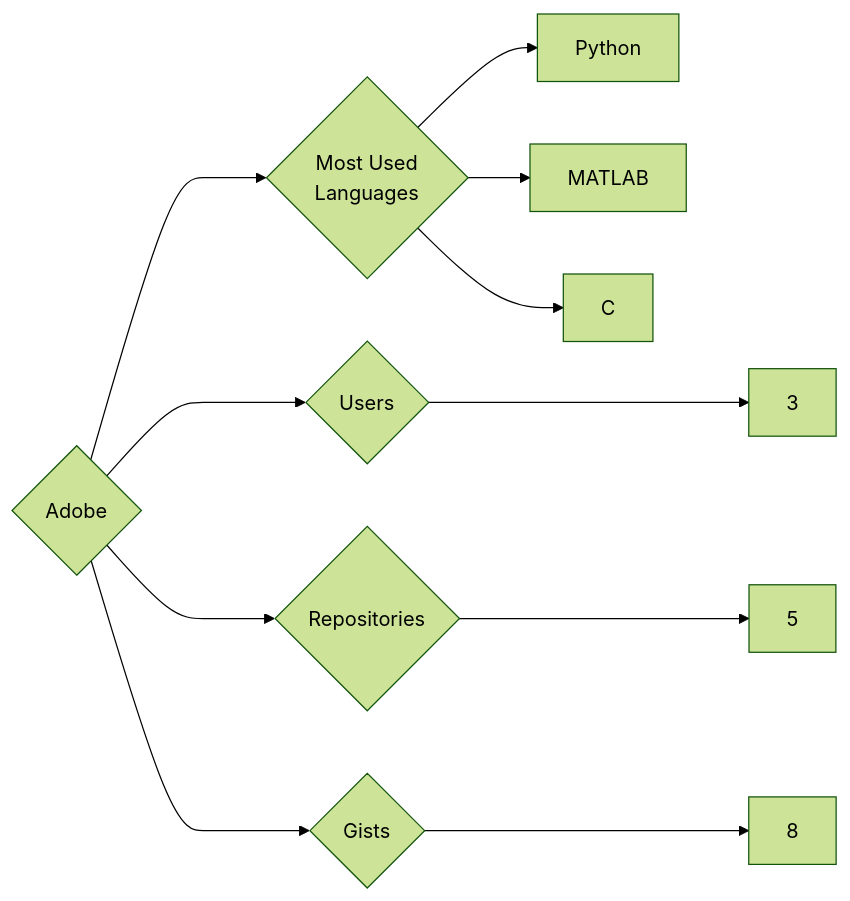
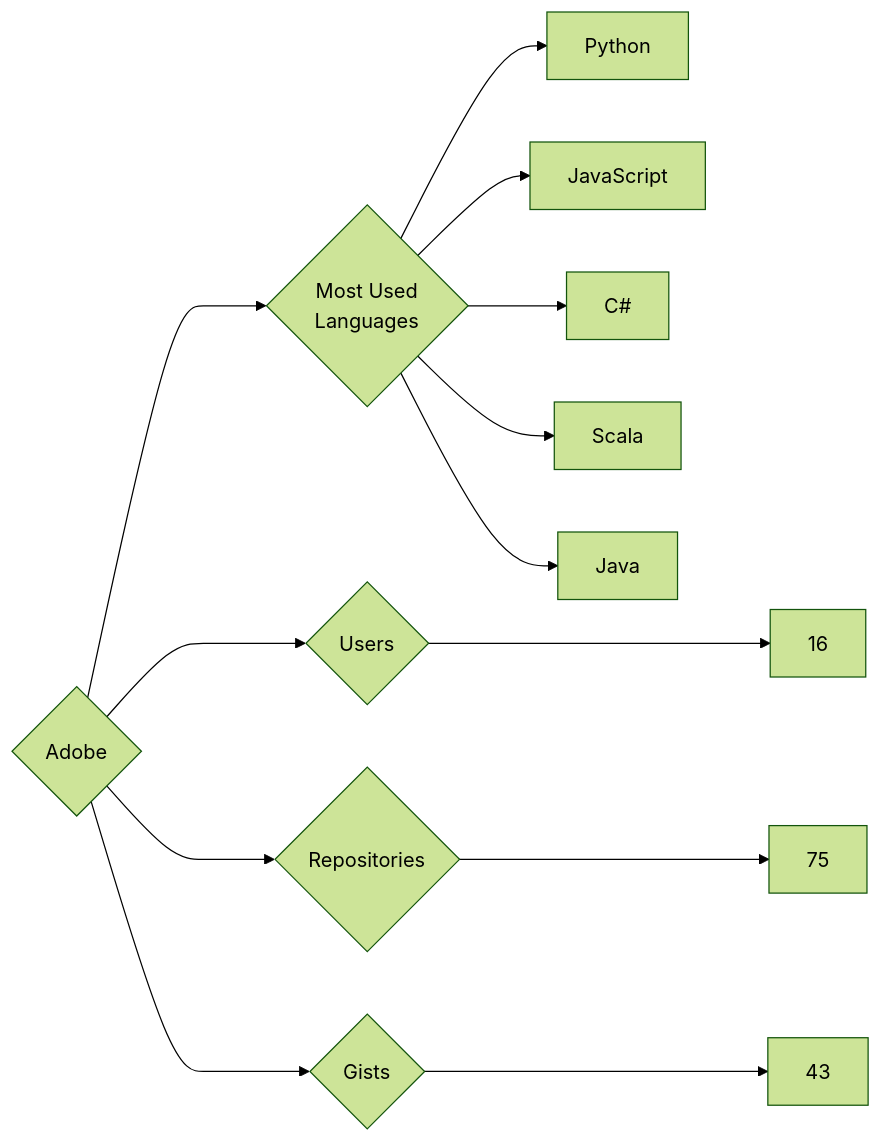
One commit to trickest/insiders changed the diagram in targets/Adobe/README.md. Above: the diagram before and after it, drawn with Mermaid (forest theme). The commit also changed 1175 other files, not shown here.

````diff
--- a/targets/Adobe/README.md
+++ b/targets/Adobe/README.md
@@ -3,11 +3,13 @@
 ```mermaid
 graph LR
 COMPANY_NAME{Adobe}
-COMPANY_NAME ---> U{Users} ---> UN[3]
-COMPANY_NAME ---> R{Repositories} ---> RN[5]
-COMPANY_NAME ---> G{Gists} ---> GN[8]
+COMPANY_NAME ---> U{Users} ---> UN[16]
+COMPANY_NAME ---> R{Repositories} ---> RN[75]
+COMPANY_NAME ---> G{Gists} ---> GN[43]
 COMPANY_NAME ---> ML{Most Used<br>Languages}
 ML --> Python[Python]
-ML --> MATLAB[MATLAB]
-ML --> C[C]
+ML --> JavaScript[JavaScript]
+ML --> C#[C#]
+ML --> Scala[Scala]
+ML --> Java[Java]
 ```
````
